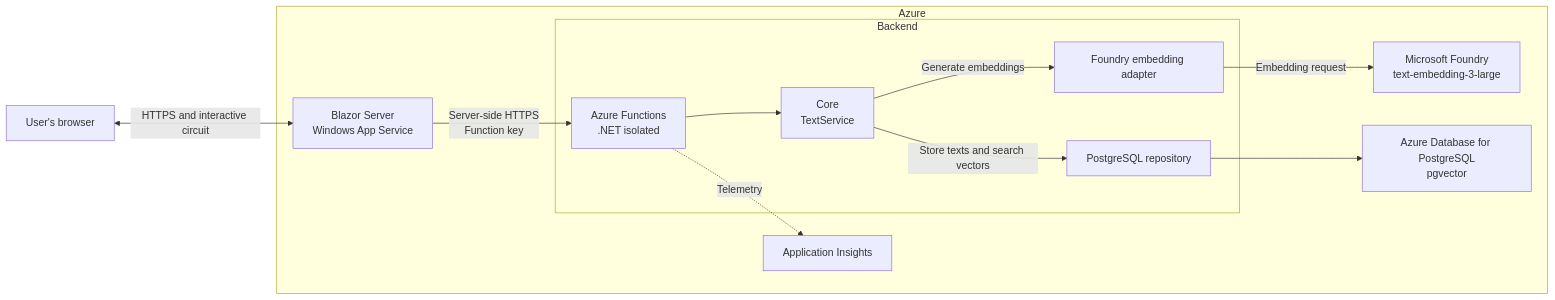
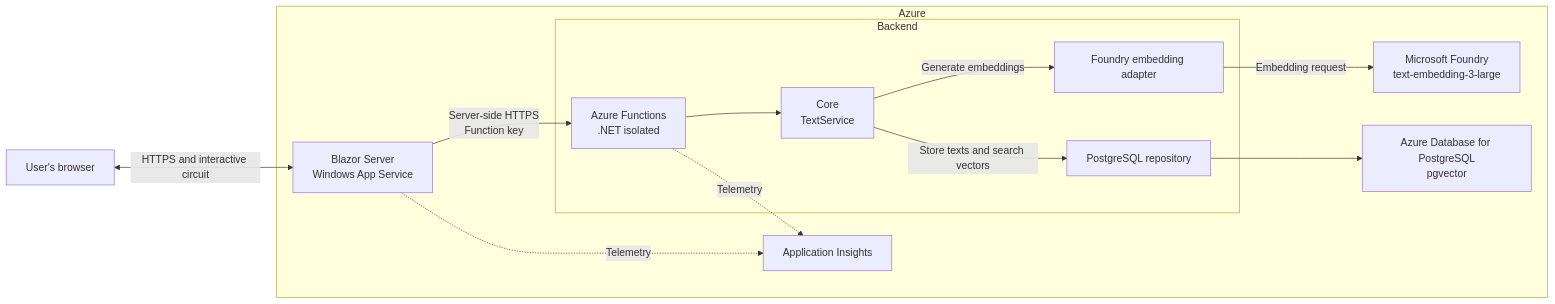
The diagram in README.md (massimobonanni/DBSemanticSearch), drawn with Mermaid before and after one commit.

Commit message:
feat: Update architecture diagram to include telemetry flow from web to insights

````diff
--- a/README.md
+++ b/README.md
@@ -21,28 +21,29 @@
 ```mermaid
 flowchart LR
   browser[User's browser]
 
   subgraph Azure[Azure]
     web[Blazor Server<br/>Windows App Service]
 
     subgraph backend[Backend]
       api[Azure Functions<br/>.NET isolated]
       core[Core<br/>TextService]
       foundryAdapter[Foundry embedding adapter]
       postgresAdapter[PostgreSQL repository]
     end
 
     foundry[Microsoft Foundry<br/>text-embedding-3-large]
     database[Azure Database for PostgreSQL<br/>pgvector]
     insights[Application Insights]
   end
 
   browser <-->|HTTPS and interactive circuit| web
   web -->|Server-side HTTPS<br/>Function key| api
   api --> core
   core -->|Generate embeddings| foundryAdapter
   foundryAdapter -->|Embedding request| foundry
   core -->|Store texts and search vectors| postgresAdapter
   postgresAdapter --> database
   api -.->|Telemetry| insights
+  web -.->|Telemetry| insights
 ```
````
